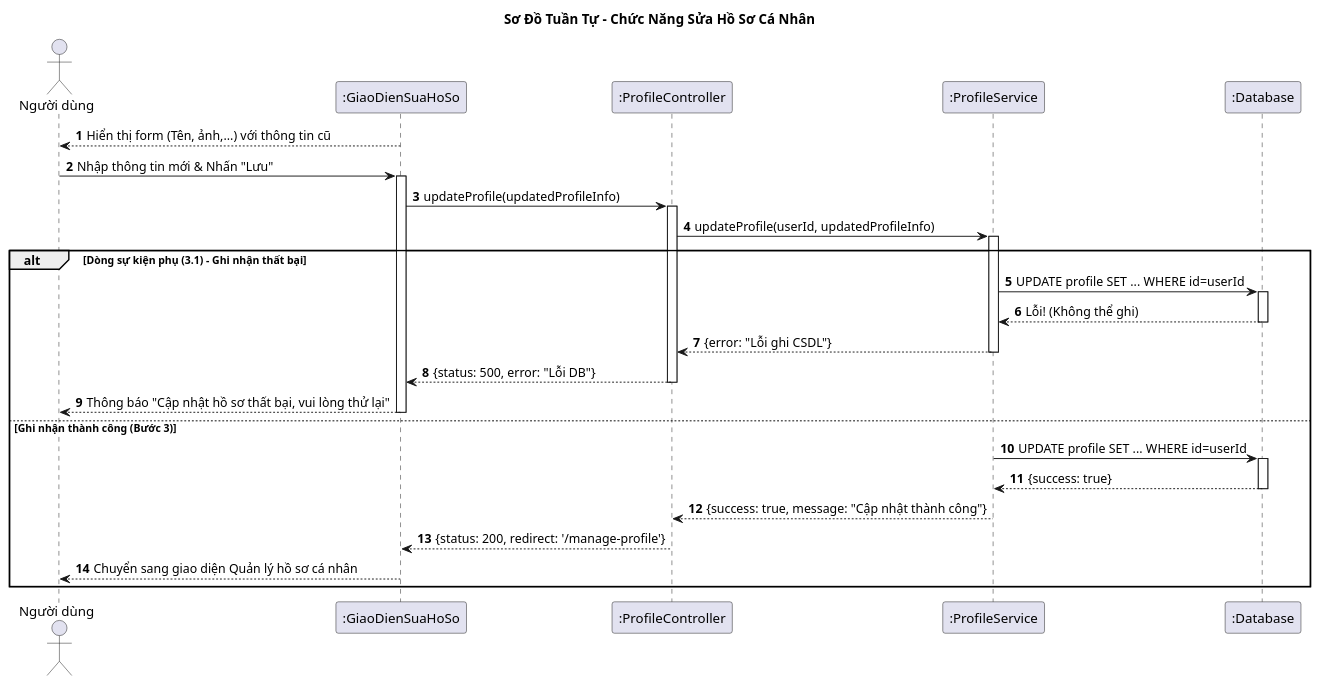
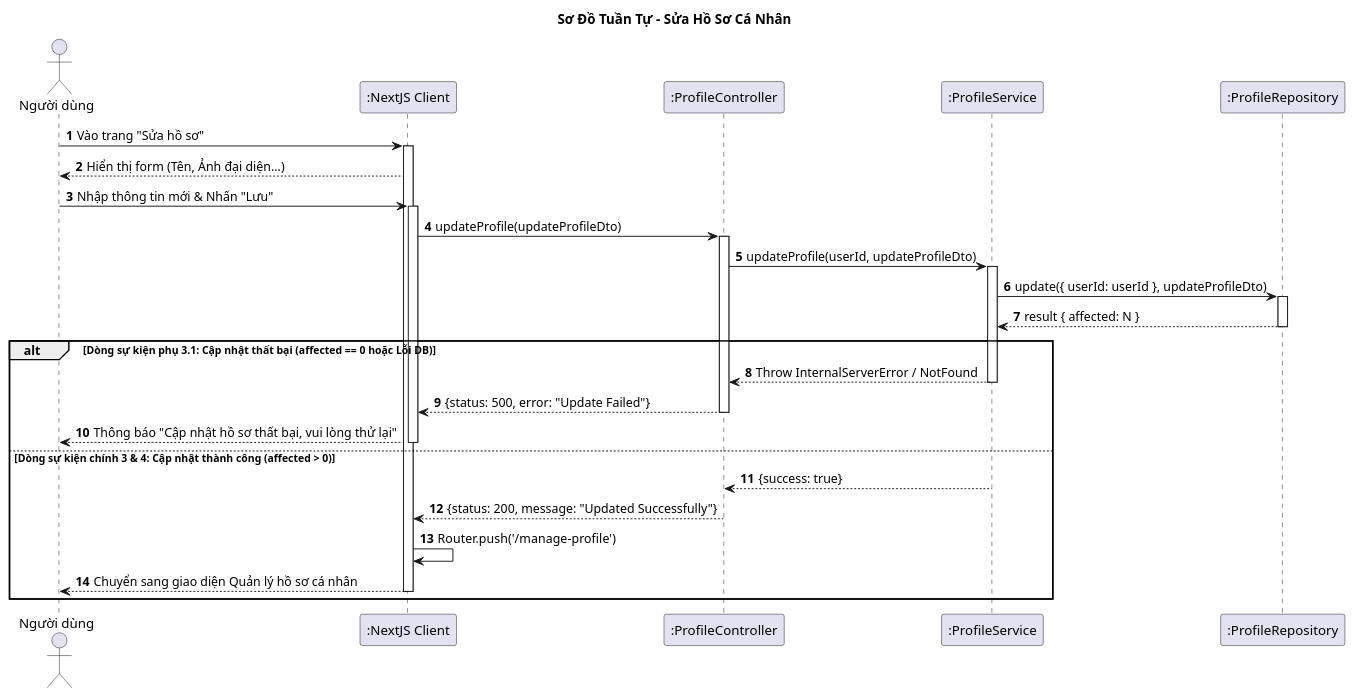
The diagram in Diagrams/SequenceDiagram/EditProfileSD.plantuml (vinh047/soundwave), drawn with PlantUML before and after one commit. The commit also changed 25 other files, not shown here.

Commit message:
Thêm phần toggle theo dõi vào đặc tả, sửa sequence, sửa class đồng bộ với sequence

```diff
--- a/Diagrams/SequenceDiagram/EditProfileSD.plantuml
+++ b/Diagrams/SequenceDiagram/EditProfileSD.plantuml
@@ -1,55 +1,66 @@
 @startuml Sequence Diagram - Sửa Hồ Sơ Cá Nhân
 
-title Sơ Đồ Tuần Tự - Chức Năng Sửa Hồ Sơ Cá Nhân
+title Sơ Đồ Tuần Tự - Sửa Hồ Sơ Cá Nhân 
 
 actor "Người dùng" as User
-participant ":GiaoDienSuaHoSo" as UI
+participant ":NextJS Client" as UI
 participant ":ProfileController" as Controller
 participant ":ProfileService" as Service
-participant ":Database" as DB
+participant ":ProfileRepository" as DB
 
 autonumber
 
-' === Dòng sự kiện chính (bước 1): Hiển thị form ===
-' (Giả định user đã ở trang Sửa hồ sơ)
-UI --> User: Hiển thị form (Tên, ảnh,...) với thông tin cũ
+' === BƯỚC 1: HIỂN THỊ FORM ===
+' (Dòng sự kiện chính 1)
+User -> UI: Vào trang "Sửa hồ sơ"
+activate UI
+UI --> User: Hiển thị form (Tên, Ảnh đại diện...)
 
-' === Dòng sự kiện chính (bước 2): Người dùng nhấn Lưu ===
+' === BƯỚC 2: GỬI DỮ LIỆU ===
+' (Dòng sự kiện chính 2)
 User -> UI: Nhập thông tin mới & Nhấn "Lưu"
 activate UI
-UI -> Controller: updateProfile(updatedProfileInfo)
+
+' Dùng DTO
+UI -> Controller: updateProfile(updateProfileDto)
 activate Controller
 
-Controller -> Service: updateProfile(userId, updatedProfileInfo)
+' Lấy userId từ req.user
+Controller -> Service: updateProfile(userId, updateProfileDto)
 activate Service
 
-' === Dòng sự kiện (bước 3) & Dòng sự kiện phụ (3.1) ===
-alt Dòng sự kiện phụ (3.1) - Ghi nhận thất bại
-    Service -> DB: UPDATE profile SET ... WHERE id=userId
-    activate DB
-    DB --> Service: Lỗi! (Không thể ghi)
-    deactivate DB
-    Service --> Controller: {error: "Lỗi ghi CSDL"}
+' === BƯỚC 3: CẬP NHẬT DB ===
+' TypeORM: update(criteria, partialEntity)
+Service -> DB: update({ userId: userId }, updateProfileDto)
+activate DB
+DB --> Service: result { affected: N }
+deactivate DB
+
+' === PHÂN NHÁNH KẾT QUẢ (Main Flow vs Alternative Flow) ===
+alt Dòng sự kiện phụ 3.1: Cập nhật thất bại (affected == 0 hoặc Lỗi DB)
+    Service --> Controller: Throw InternalServerError / NotFound
     deactivate Service
-    Controller --> UI: {status: 500, error: "Lỗi DB"}
+    
+    Controller --> UI: {status: 500, error: "Update Failed"}
     deactivate Controller
     
+    ' [KHỚP ĐẶC TẢ 3.1]
     UI --> User: Thông báo "Cập nhật hồ sơ thất bại, vui lòng thử lại"
     deactivate UI
 
-else Ghi nhận thành công (Bước 3)
-    Service -> DB: UPDATE profile SET ... WHERE id=userId
-    activate DB
-    DB --> Service: {success: true}
-    deactivate DB
-    Service --> Controller: {success: true, message: "Cập nhật thành công"}
+else Dòng sự kiện chính 3 & 4: Cập nhật thành công (affected > 0)
+    ' Đã activate Service ở trên
+    Service --> Controller: {success: true}
     deactivate Service
     
-    ' === Dòng sự kiện chính (bước 4): Chuyển giao diện ===
-    Controller --> UI: {status: 200, redirect: '/manage-profile'}
+    Controller --> UI: {status: 200, message: "Updated Successfully"}
     deactivate Controller
+    
+    ' === BƯỚC 4: CHUYỂN GIAO DIỆN ===
+    ' Client tự điều hướng
+    UI -> UI: Router.push('/manage-profile')
     
     UI --> User: Chuyển sang giao diện Quản lý hồ sơ cá nhân
     deactivate UI
 end
 @enduml
```
